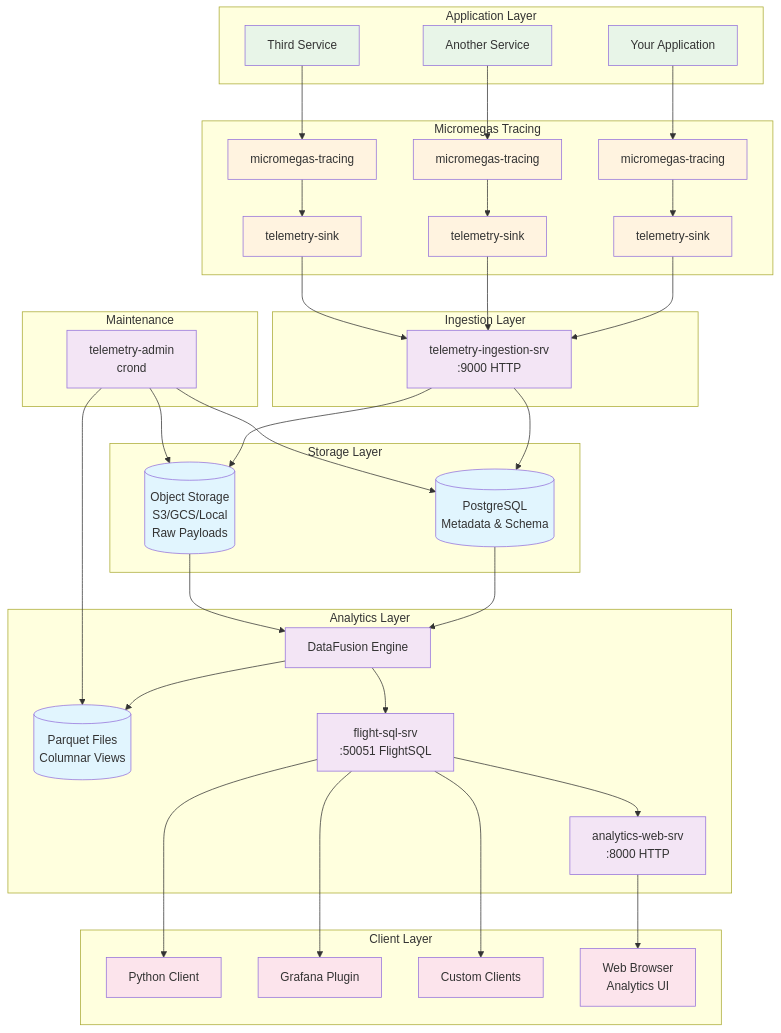
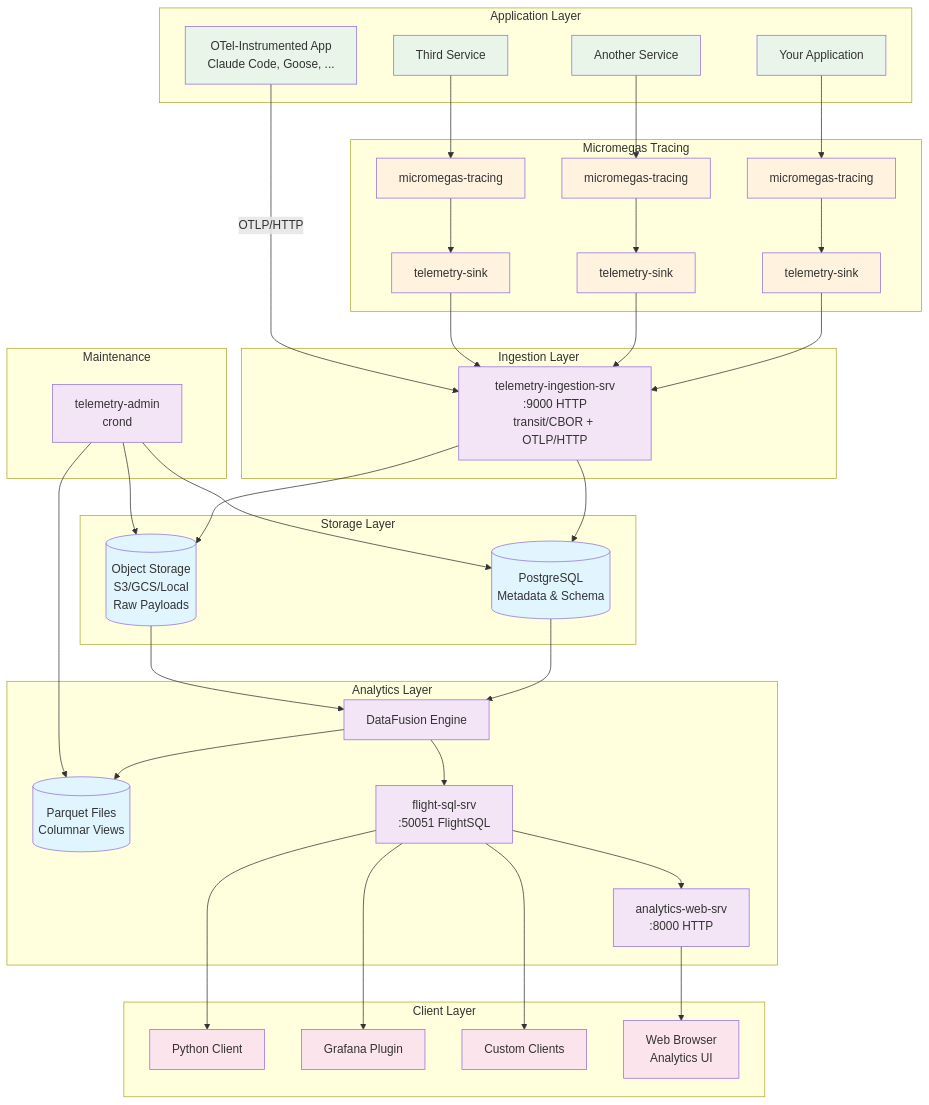
Before and after one commit to madesroches/micromegas: the first of 3 diagrams in mkdocs/docs/architecture/index.md, drawn with Mermaid. The commit also changed other lines of this file and 70 other files, not shown here.

First line of the commit message:
Add native OTLP/HTTP ingestion for logs, metrics, and traces (#1031)

```diff
--- a/mkdocs/docs/architecture/index.md
+++ b/mkdocs/docs/architecture/index.md
@@ -10,6 +10,7 @@
         App1[Your Application]
         App2[Another Service]
         App3[Third Service]
+        Otel[OTel-Instrumented App<br/>Claude Code, Goose, ...]
     end
     
     subgraph "Micromegas Tracing"
@@ -22,7 +23,7 @@
     end
     
     subgraph "Ingestion Layer"
-        Ingestion[telemetry-ingestion-srv<br/>:9000 HTTP]
+        Ingestion[telemetry-ingestion-srv<br/>:9000 HTTP<br/>transit/CBOR + OTLP/HTTP]
     end
     
     subgraph "Storage Layer"
@@ -58,6 +59,7 @@
     Sink1 --> Ingestion
     Sink2 --> Ingestion
     Sink3 --> Ingestion
+    Otel -->|OTLP/HTTP| Ingestion
     
     Ingestion --> PG
     Ingestion --> S3
@@ -83,7 +85,7 @@
     classDef storage fill:#e1f5fe
     classDef client fill:#fce4ec
     
-    class App1,App2,App3 app
+    class App1,App2,App3,Otel app
     class Lib1,Lib2,Lib3,Sink1,Sink2,Sink3 tracing
     class Ingestion,FlightSQL,DataFusion,Admin,WebApp service
     class PG,S3,Parquet storage
```
